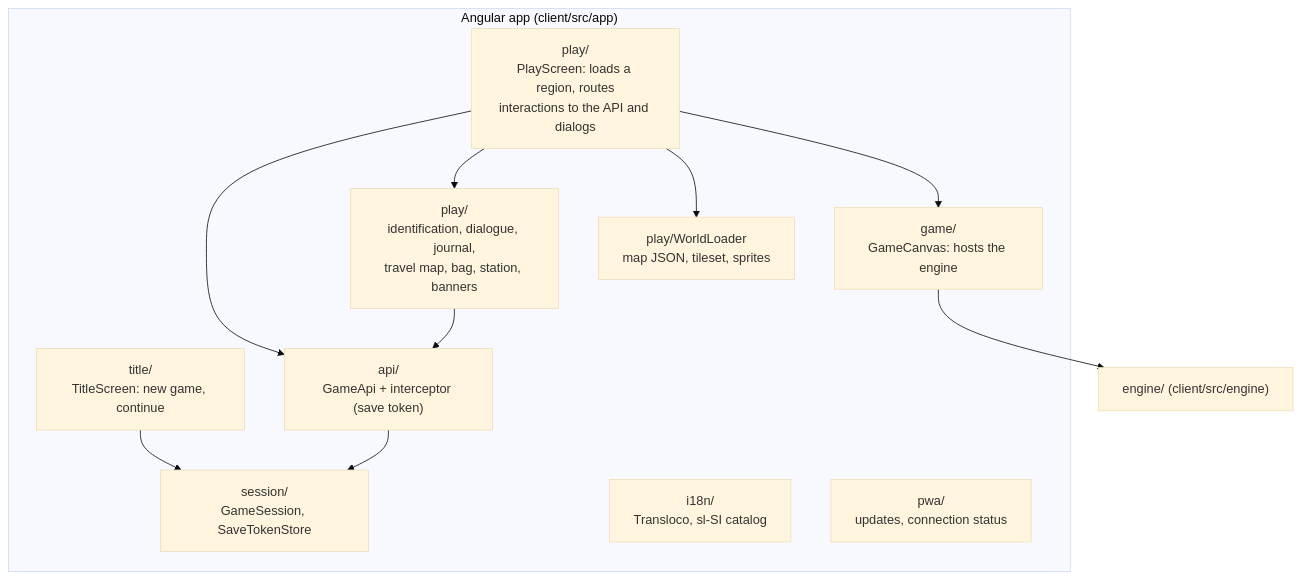
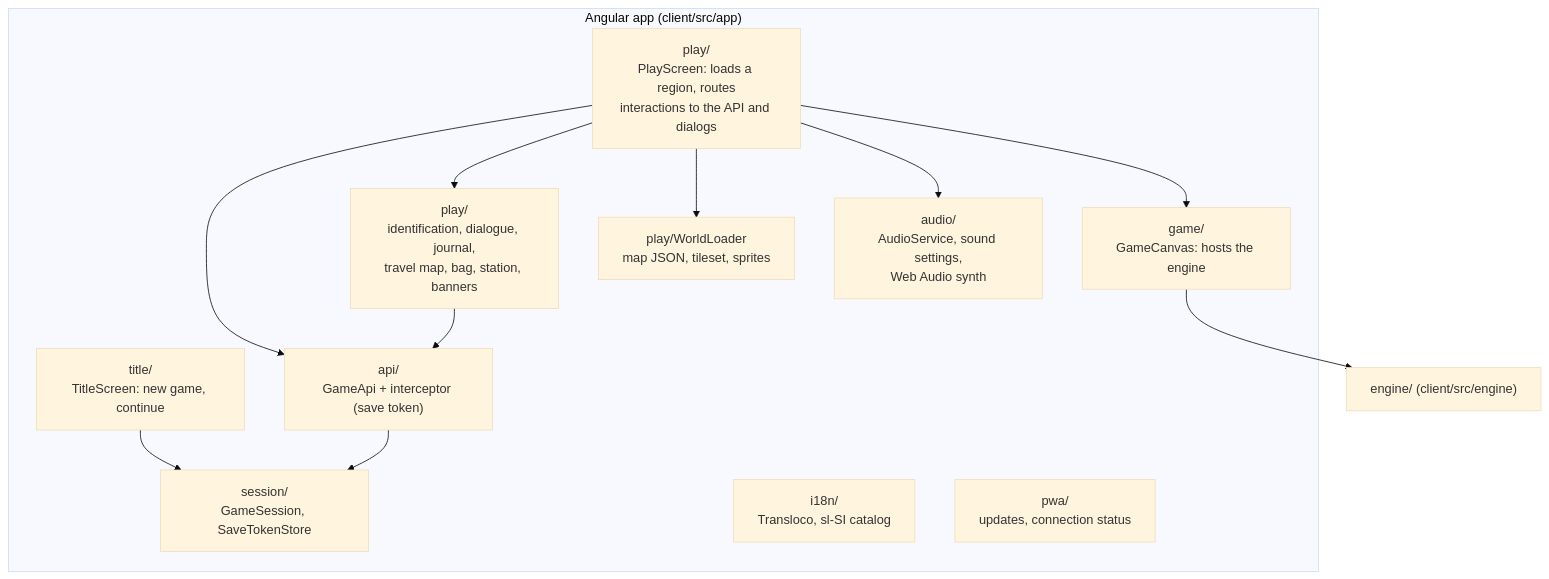
Before and after one commit to David-Letonja-CTG/Slovion: the third of 8 diagrams in docs/architecture.md, drawn with Mermaid (base theme). The commit also changed other lines of this file and 49 other files, not shown here.

First line of the commit message:
Add sound: synthesized music, nature ambience, effects and settings

````diff
--- a/docs/architecture.md
+++ b/docs/architecture.md
@@ -101,24 +101,26 @@
 ```mermaid
 flowchart TB
   subgraph Angular["Angular app (client/src/app)"]
     Title["title/<br/>TitleScreen: new game, continue"]
     Play["play/<br/>PlayScreen: loads a region, routes<br/>interactions to the API and dialogs"]
     Dialogs["play/<br/>identification, dialogue, journal,<br/>travel map, bag, station, banners"]
     Canvas["game/<br/>GameCanvas: hosts the engine"]
     Loader["play/WorldLoader<br/>map JSON, tileset, sprites"]
     Api["api/<br/>GameApi + interceptor (save token)"]
     Session["session/<br/>GameSession, SaveTokenStore"]
     I18n["i18n/<br/>Transloco, sl-SI catalog"]
     Pwa["pwa/<br/>updates, connection status"]
+    Audio["audio/<br/>AudioService, sound settings,<br/>Web Audio synth"]
   end
   Engine["engine/ (client/src/engine)"]
 
   Title --> Session
   Play --> Api
   Play --> Loader
   Play --> Dialogs
   Play --> Canvas
+  Play --> Audio
   Canvas --> Engine
   Dialogs --> Api
   Api --> Session
 ```
````
